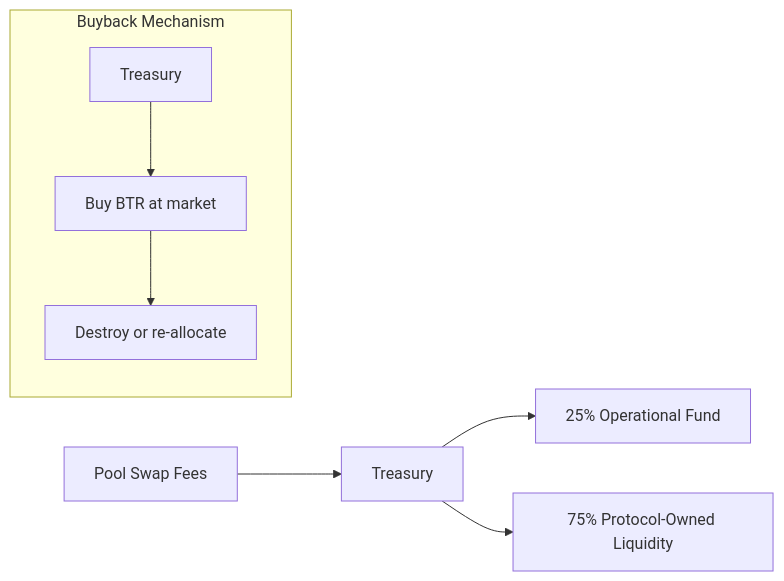
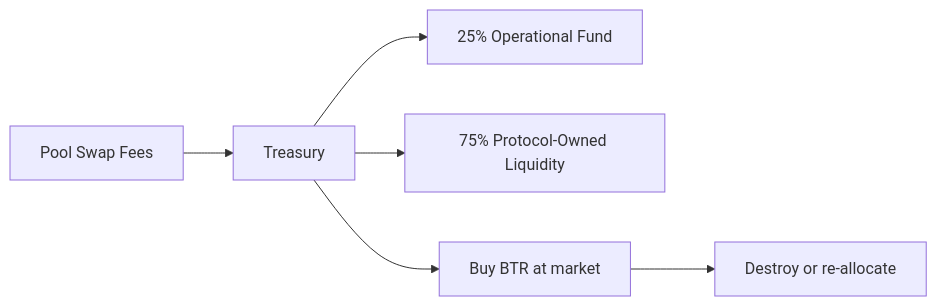
One commit to btr-protocol/dex changed the diagram in docs/2. Governance/2.5. Emission Control.md. Above: the diagram before and after it, drawn with Mermaid. The commit also changed other lines of this file and 27 other files, not shown here.

````diff
--- a/docs/2. Governance/2.5. Emission Control.md
+++ b/docs/2. Governance/2.5. Emission Control.md
@@ -250,11 +255,8 @@
 ```mermaid
 graph LR
     Fees[Pool Swap Fees] --> Treasury
     Treasury --> Ops[25% Operational Fund]
     Treasury --> POL[75% Protocol-Owned Liquidity]
-
-    subgraph Buyback Mechanism
-        Treasury2[Treasury] --> Buy[Buy BTR at market]
-        Buy --> Destroy[Destroy or re-allocate]
-    end
+    Treasury --> Buy[Buy BTR at market]
+    Buy --> Destroy[Destroy or re-allocate]
 ```
````
